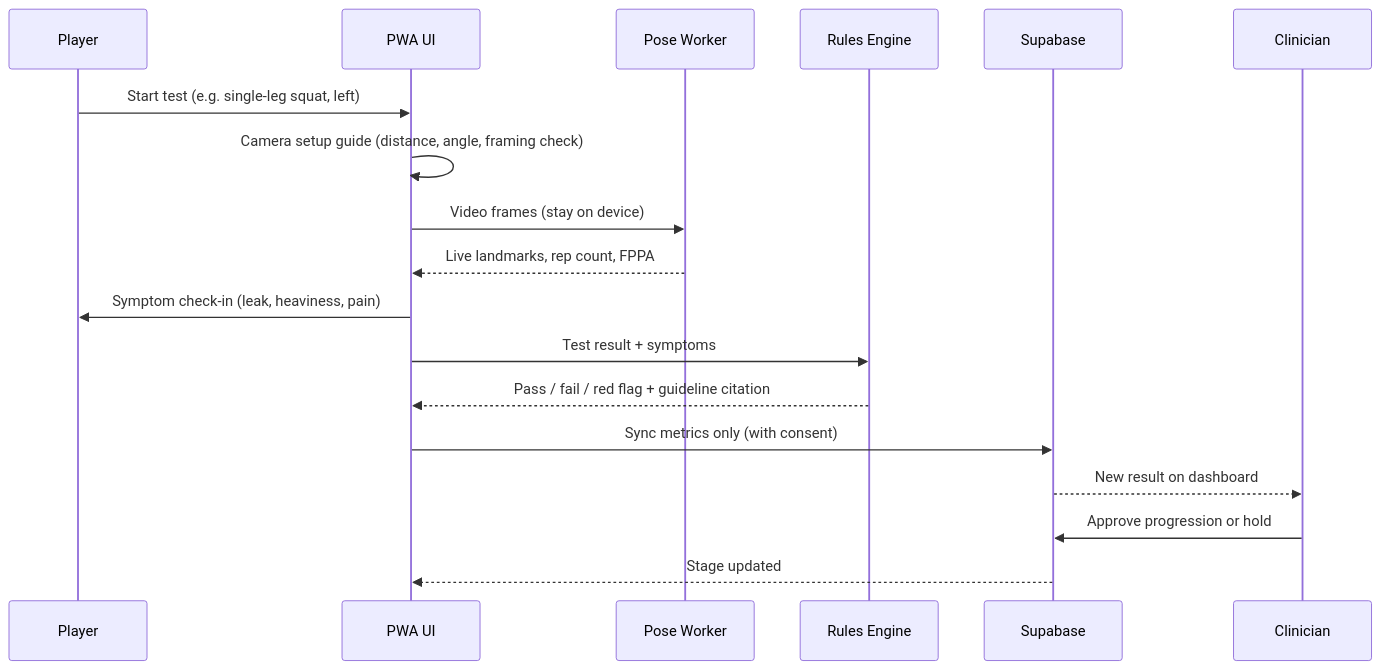
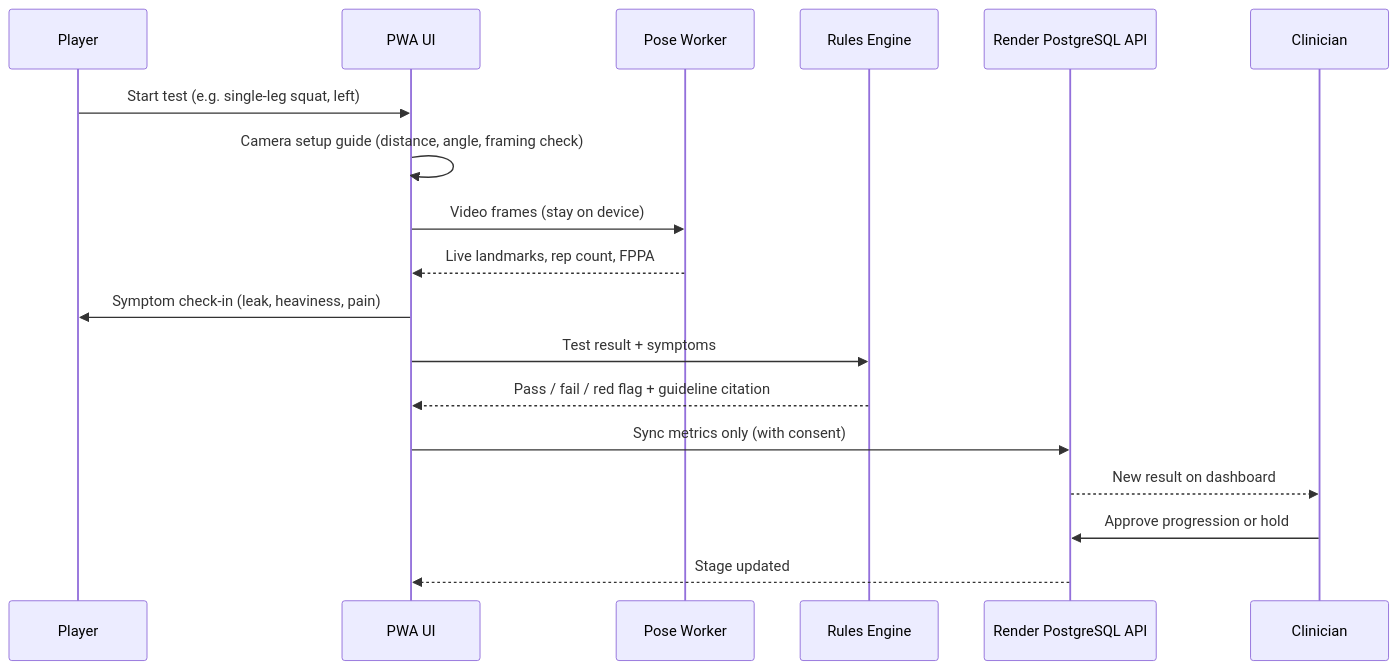
The third of 5 diagrams in CLAUDE.md (nourinzaman2005-droid/comeback), drawn with Mermaid before and after one commit. The commit also changed other lines of this file and 12 other files, not shown here.

````diff
--- a/CLAUDE.md
+++ b/CLAUDE.md
@@ -297,21 +297,21 @@
 ```mermaid
 sequenceDiagram
     participant P as Player
     participant UI as PWA UI
     participant W as Pose Worker
     participant R as Rules Engine
-    participant DB as Supabase
+    participant DB as Render PostgreSQL API
     participant C as Clinician
 
     P->>UI: Start test (e.g. single-leg squat, left)
     UI->>UI: Camera setup guide (distance, angle, framing check)
     UI->>W: Video frames (stay on device)
     W-->>UI: Live landmarks, rep count, FPPA
     UI->>P: Symptom check-in (leak, heaviness, pain)
     UI->>R: Test result + symptoms
     R-->>UI: Pass / fail / red flag + guideline citation
     UI->>DB: Sync metrics only (with consent)
     DB-->>C: New result on dashboard
     C->>DB: Approve progression or hold
     DB-->>UI: Stage updated
 ```
````
